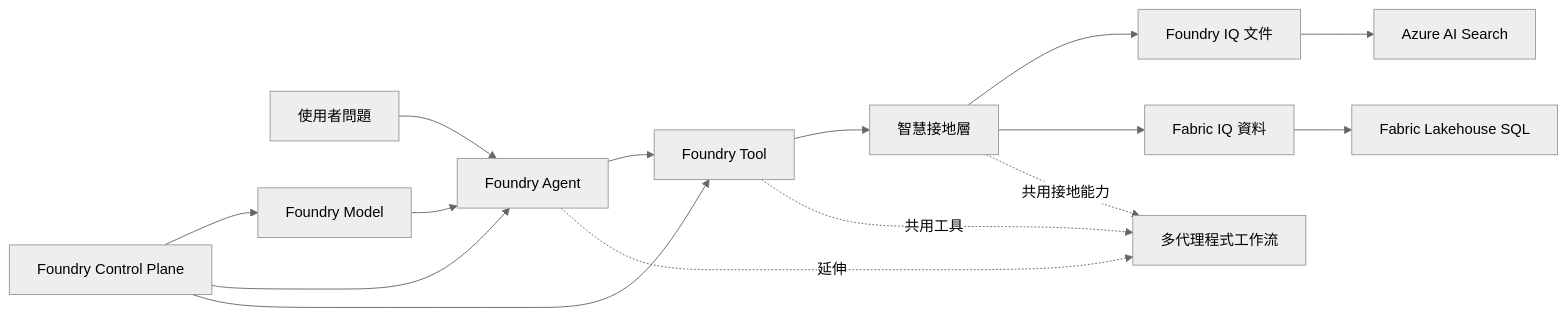
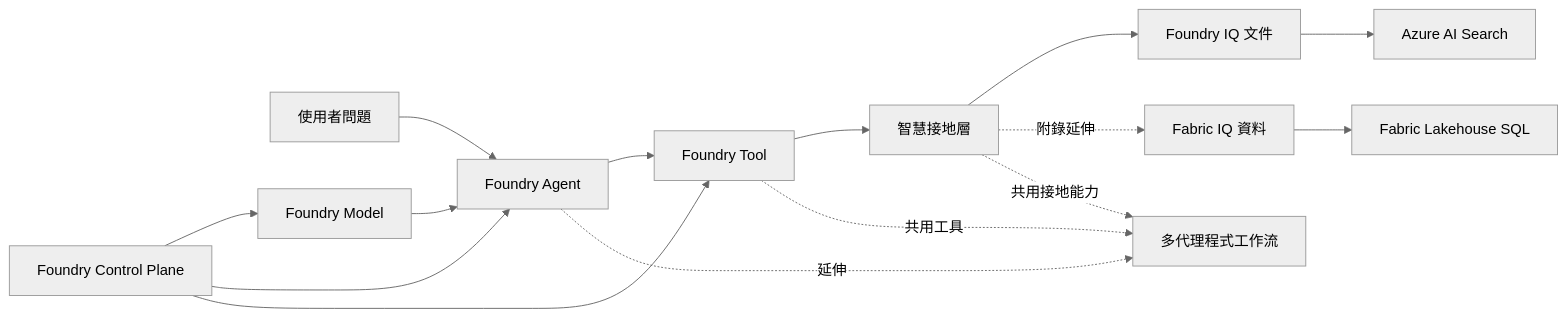
The diagram in workshop/docs/03-understand/index.md (payton-chou-ms/e2e-ms-foundry-workshop), drawn with Mermaid (neutral theme) before and after one commit. The commit also changed other lines of this file and 33 other files, not shown here.

````diff
--- a/workshop/docs/03-understand/index.md
+++ b/workshop/docs/03-understand/index.md
@@ -24,17 +24,17 @@
 ```mermaid
 flowchart LR
     U[使用者問題] --> A[Foundry Agent]
     C[Foundry Control Plane] --> M[Foundry Model]
     C --> A
     C --> T[Foundry Tool]
     M --> A
     A --> T
     T --> IQ[智慧接地層]
     IQ --> FIQ[Foundry IQ 文件]
-    IQ --> DB[Fabric IQ 資料]
     FIQ --> S[Azure AI Search]
+    IQ -. 附錄延伸 .-> DB[Fabric IQ 資料]
     DB --> L[Fabric Lakehouse SQL]
     A -. 延伸 .-> MA[多代理程式工作流]
     T -. 共用工具 .-> MA
     IQ -. 共用接地能力 .-> MA
 ```
````
